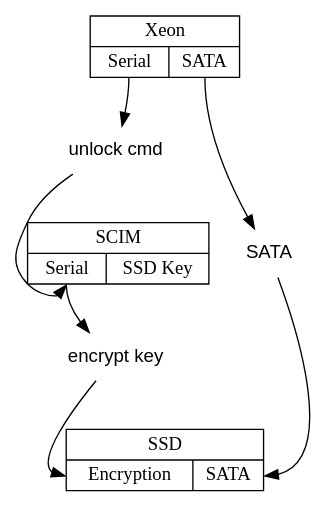
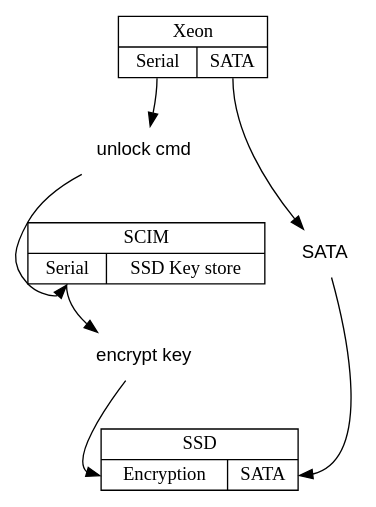
The diagram in img/ssd.dot (jjjesus/XeonInterface), drawn with Graphviz before and after one commit. The commit also changed 4 other files, not shown here.

Commit message:
Better diagrams

```diff
--- a/img/ssd.dot
+++ b/img/ssd.dot
@@ -1,21 +1,21 @@
 digraph structs {
     node [shape=record];
     struct1 [shape=record,label="{{<f0> Xeon}|{<f1> Serial|<f2> SATA}}"];
-    struct2 [shape=record,label="{{<f0> SCIM}|{<f1> Serial|<f2> SSD Key}}"];
+    struct2 [shape=record,label="{{<f0> SCIM}|{<f1> Serial|<f2> SSD Key store}}"];
     struct3 [shape=record,label="{{<f0> SSD}|{<f1> Encryption|<f2> SATA}}"];
 
     serial1 [fillcolor=white style="filled,setlinewidth(0)" fontcolor=black fontname="Helvetica" shape=plaintext label="unlock cmd"] 
 
     serial2 [fillcolor=white style="filled,setlinewidth(0)" fontcolor=black fontname="Helvetica" shape=plaintext label="encrypt key"] 
 
     sata [fillcolor=white style="filled,setlinewidth(0)" fontcolor=black fontname="Helvetica" shape=plaintext label="SATA"] 
 
     struct1:f1 -> serial1;
     serial1 -> struct2:f1;
     struct2:f1 -> serial2;
     serial2 -> struct3:f1;
 
     struct1:f2 -> sata;
     sata -> struct3:f2;
 
 }
```
